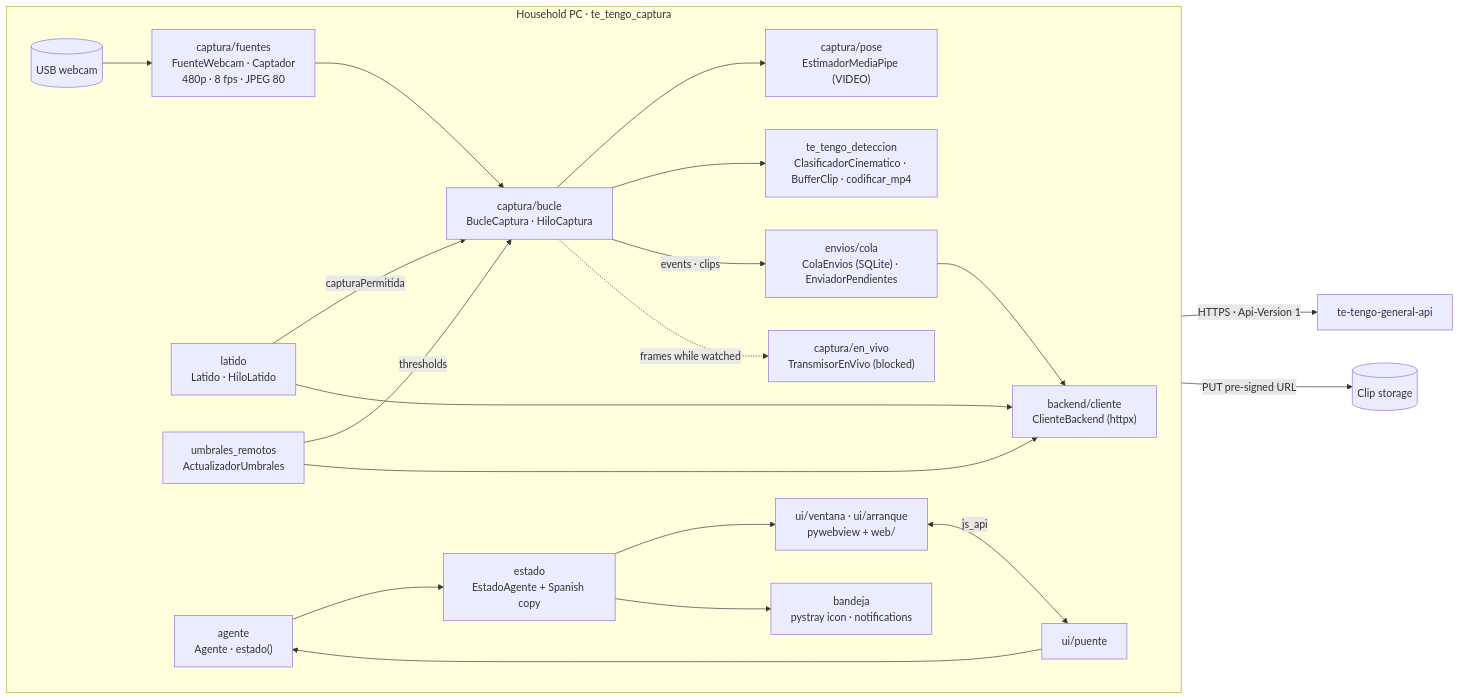
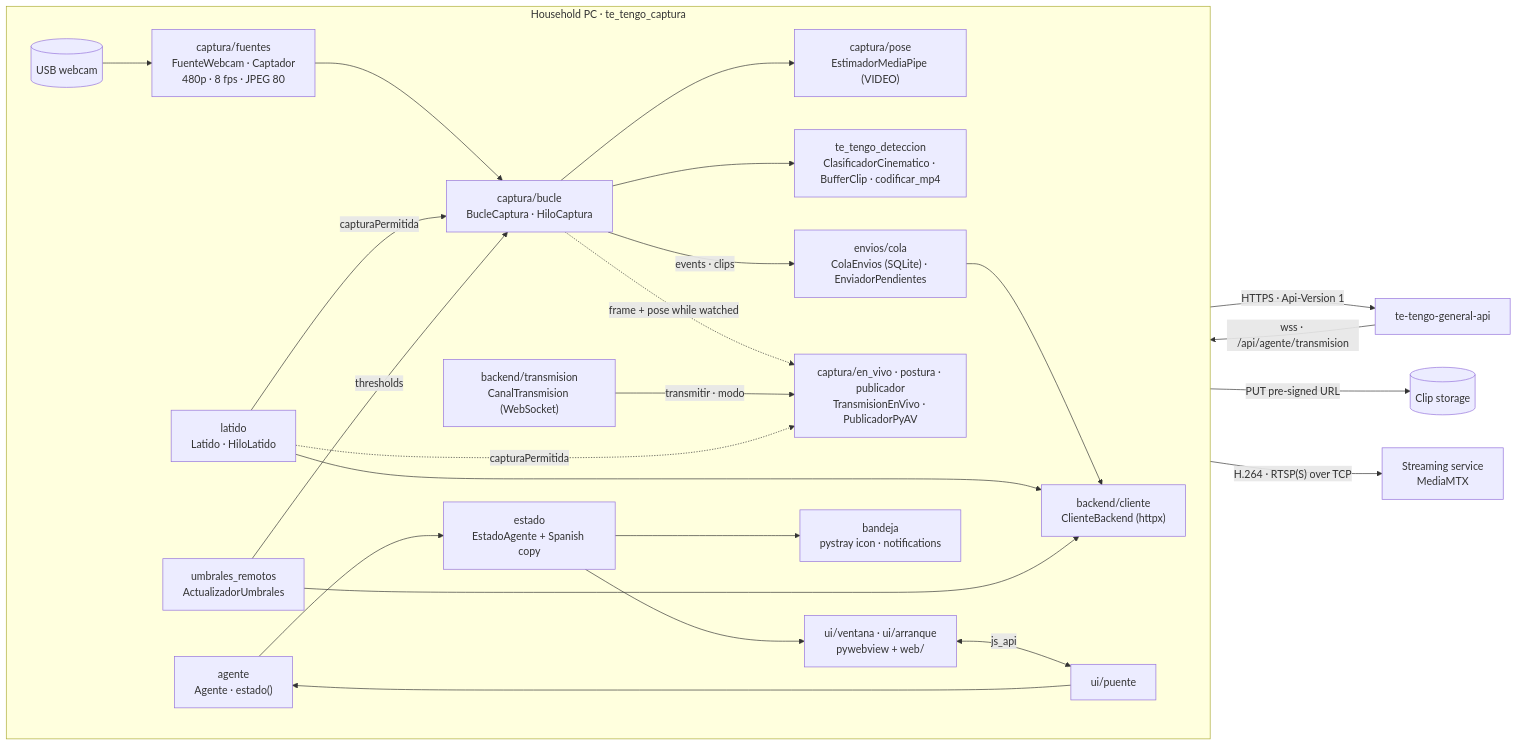
The diagram in docs/architecture.md (Te-Tengo-Tech/te-tengo-desktop-pywebview), drawn with Mermaid before and after one commit. The commit also changed other lines of this file and 29 other files, not shown here.

First line of the commit message:
feat(captura): live view through MediaMTX with posture modes (US-23)

````diff
--- a/docs/architecture.md
+++ b/docs/architecture.md
@@ -15,24 +15,28 @@
 ```mermaid
 flowchart LR
   subgraph PC["Household PC · te_tengo_captura"]
     direction LR
     Webcam[(USB webcam)] --> Fuentes["captura/fuentes<br/>FuenteWebcam · Captador<br/>480p · 8 fps · JPEG 80"]
     Fuentes --> Bucle["captura/bucle<br/>BucleCaptura · HiloCaptura"]
     Bucle --> Pose["captura/pose<br/>EstimadorMediaPipe (VIDEO)"]
     Bucle --> Det["te_tengo_deteccion<br/>ClasificadorCinematico · BufferClip · codificar_mp4"]
     Bucle -->|events · clips| Cola["envios/cola<br/>ColaEnvios (SQLite) · EnviadorPendientes"]
-    Bucle -.->|frames while watched| Vivo["captura/en_vivo<br/>TransmisorEnVivo (blocked)"]
+    Bucle -.->|frame + pose while watched| Vivo["captura/en_vivo · postura · publicador<br/>TransmisionEnVivo · PublicadorPyAV"]
+    Canal["backend/transmision<br/>CanalTransmision (WebSocket)"] -->|transmitir · modo| Vivo
+    Latido -.->|capturaPermitida| Vivo
     Latido["latido<br/>Latido · HiloLatido"] -->|capturaPermitida| Bucle
     Umbrales["umbrales_remotos<br/>ActualizadorUmbrales"] -->|thresholds| Bucle
     Cola --> Cliente["backend/cliente<br/>ClienteBackend (httpx)"]
     Latido --> Cliente
     Umbrales --> Cliente
     Agente["agente<br/>Agente · estado()"] --> Estado["estado<br/>EstadoAgente + Spanish copy"]
     Estado --> Ventana["ui/ventana · ui/arranque<br/>pywebview + web/"]
     Estado --> Bandeja["bandeja<br/>pystray icon · notifications"]
     Ventana <-->|js_api| Puente["ui/puente"]
     Puente --> Agente
   end
   Cliente -->|HTTPS · Api-Version 1| API["te-tengo-general-api"]
   Cliente -->|PUT pre-signed URL| S3[(Clip storage)]
+  API -->|"wss · /api/agente/transmision"| Canal
+  Vivo -->|"H.264 · RTSP(S) over TCP"| MTX["Streaming service<br/>MediaMTX"]
 ```
````
